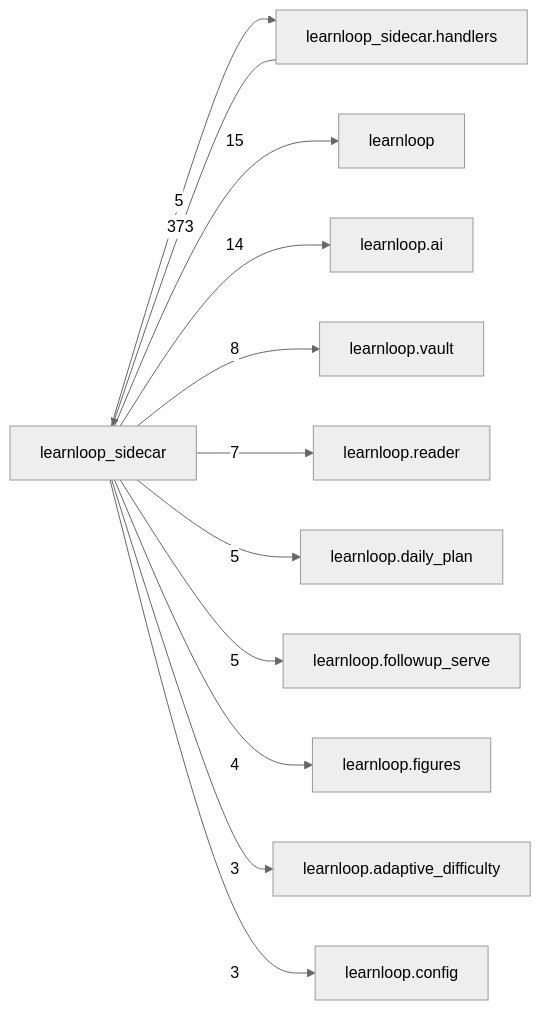
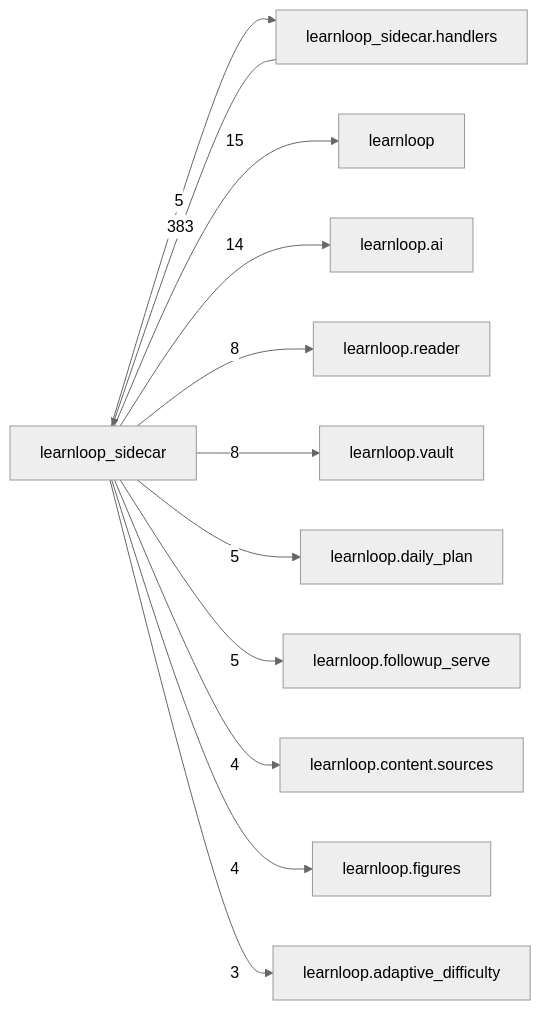
One commit to 6up-b/learnanything changed the diagram in docs/learnloop-architecture-vault/Reference/Modules/learnloop_sidecar/_package.md. Above: the diagram before and after it, drawn with Mermaid (neutral theme). The commit also changed other lines of this file and 188 other files, not shown here.

````diff
--- a/docs/learnloop-architecture-vault/Reference/Modules/learnloop_sidecar/_package.md
+++ b/docs/learnloop-architecture-vault/Reference/Modules/learnloop_sidecar/_package.md
@@ -133,25 +136,25 @@
 ```mermaid
 flowchart LR
     center["learnloop_sidecar"]
     n_learnloop_sidecar_handlers["learnloop_sidecar.handlers"]
     n_learnloop["learnloop"]
     n_learnloop_ai["learnloop.ai"]
+    n_learnloop_reader["learnloop.reader"]
     n_learnloop_vault["learnloop.vault"]
-    n_learnloop_reader["learnloop.reader"]
     n_learnloop_daily_plan["learnloop.daily_plan"]
     n_learnloop_followup_serve["learnloop.followup_serve"]
+    n_learnloop_content_sources["learnloop.content.sources"]
     n_learnloop_figures["learnloop.figures"]
     n_learnloop_adaptive_difficulty["learnloop.adaptive_difficulty"]
-    n_learnloop_config["learnloop.config"]
-    n_learnloop_sidecar_handlers -->|373| center
+    n_learnloop_sidecar_handlers -->|383| center
     center -->|5| n_learnloop_sidecar_handlers
     center -->|15| n_learnloop
     center -->|14| n_learnloop_ai
+    center -->|8| n_learnloop_reader
     center -->|8| n_learnloop_vault
-    center -->|7| n_learnloop_reader
     center -->|5| n_learnloop_daily_plan
     center -->|5| n_learnloop_followup_serve
+    center -->|4| n_learnloop_content_sources
     center -->|4| n_learnloop_figures
     center -->|3| n_learnloop_adaptive_difficulty
-    center -->|3| n_learnloop_config
 ```
````
